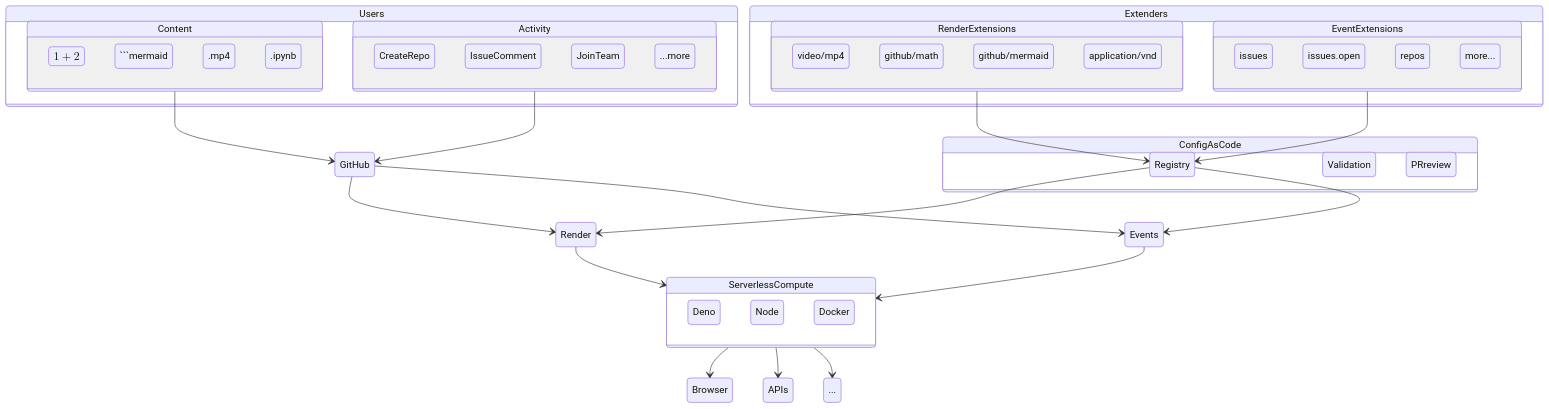
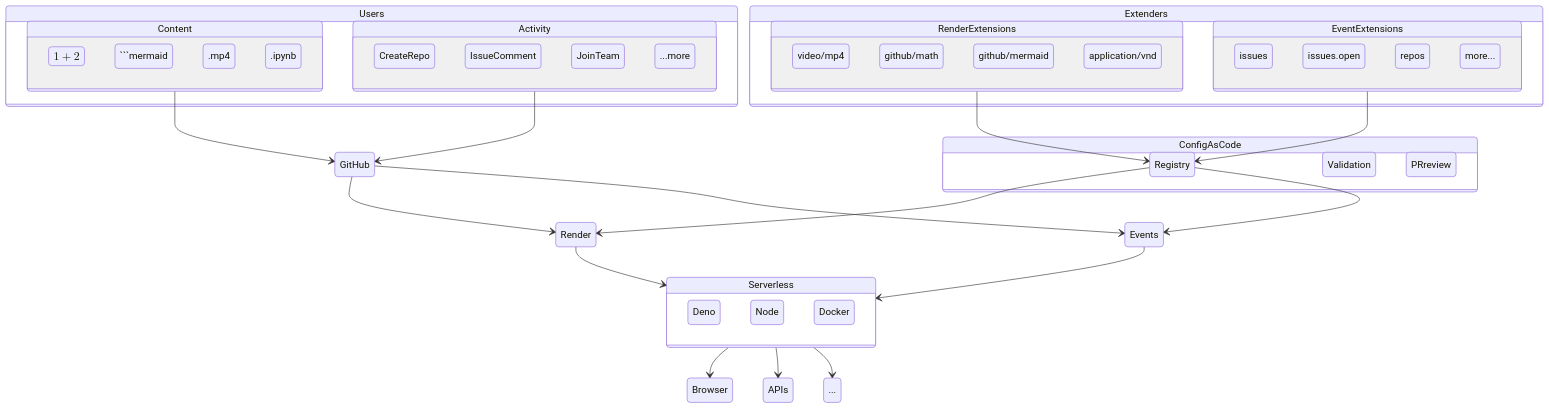
The diagram in README.md (extendohub/demo), drawn with Mermaid before and after one commit.

Commit message:
more wording

````diff
--- a/README.md
+++ b/README.md
@@ -21,58 +21,58 @@
 ```mermaid
 stateDiagram-v2
   state Users {
     state Content {
         $$1+2$$
         ```mermaid
         .mp4
         .ipynb
 
     }
     state Activity {
         CreateRepo
         IssueComment
         JoinTeam
         ...more
     }
   }
   state Extenders {
     state RenderExtensions {
         video/mp4
         github/math
         github/mermaid
         application/vnd
     }  
     state EventExtensions {
         issues
         issues.open
         repos
         more...
     }  
   }
-  state ServerlessCompute {
+  state Serverless {
     Deno
     Node
     Docker
   }
   state ConfigAsCode {
     Registry
     Validation
     PRreview
   }
   Events: Events
   Render: Render
   Content --> GitHub
   Activity --> GitHub
   GitHub --> Render
   GitHub --> Events
 
   RenderExtensions --> Registry
   EventExtensions --> Registry
   Registry --> Render
-  Render --> ServerlessCompute
-  Events --> ServerlessCompute
+  Render --> Serverless
+  Events --> Serverless
   Registry --> Events
-  ServerlessCompute --> Browser
-  ServerlessCompute --> APIs
-  ServerlessCompute --> ...
+  Serverless --> Browser
+  Serverless --> APIs
+  Serverless --> ...
 ```
````
